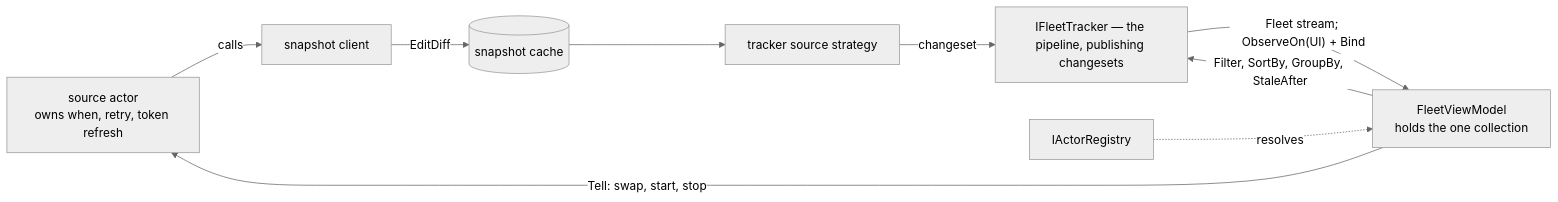
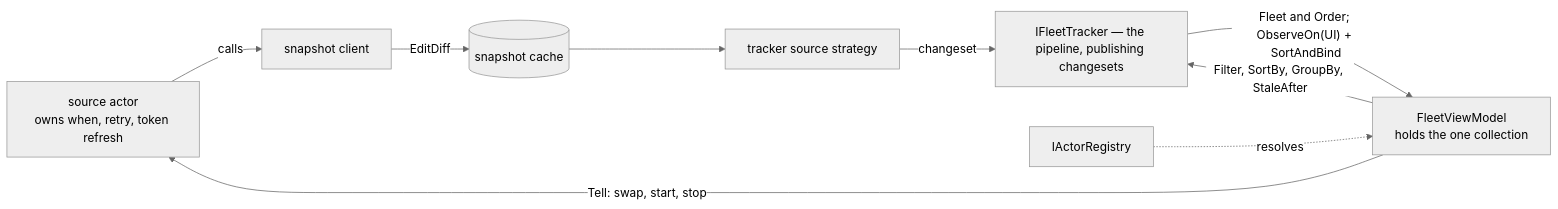
The third of 3 diagrams in features/fleet-dashboard/.spec/README.md (RLittlesII/Transporter), drawn with Mermaid (neutral theme) before and after one commit. The commit also changed other lines of this file and 28 other files, not shown here.

````diff
--- a/features/fleet-dashboard/.spec/README.md
+++ b/features/fleet-dashboard/.spec/README.md
@@ -297,11 +316,11 @@
 ```mermaid
 flowchart LR
     actor["source actor<br/>owns when, retry, token refresh"] -->|calls| client["snapshot client"]
     client -->|EditDiff| cache[("snapshot cache")]
     cache --> strategy["tracker source strategy"]
     strategy -->|changeset| tracker["IFleetTracker — the pipeline, publishing changesets"]
-    tracker -->|"Fleet stream; ObserveOn(UI) + Bind"| vm["FleetViewModel<br/>holds the one collection"]
+    tracker -->|"Fleet and Order; ObserveOn(UI) + SortAndBind"| vm["FleetViewModel<br/>holds the one collection"]
     vm -->|"Filter, SortBy, GroupBy, StaleAfter"| tracker
     vm -->|Tell: swap, start, stop| actor
     registry["IActorRegistry"] -.->|resolves| vm
 ```
````
